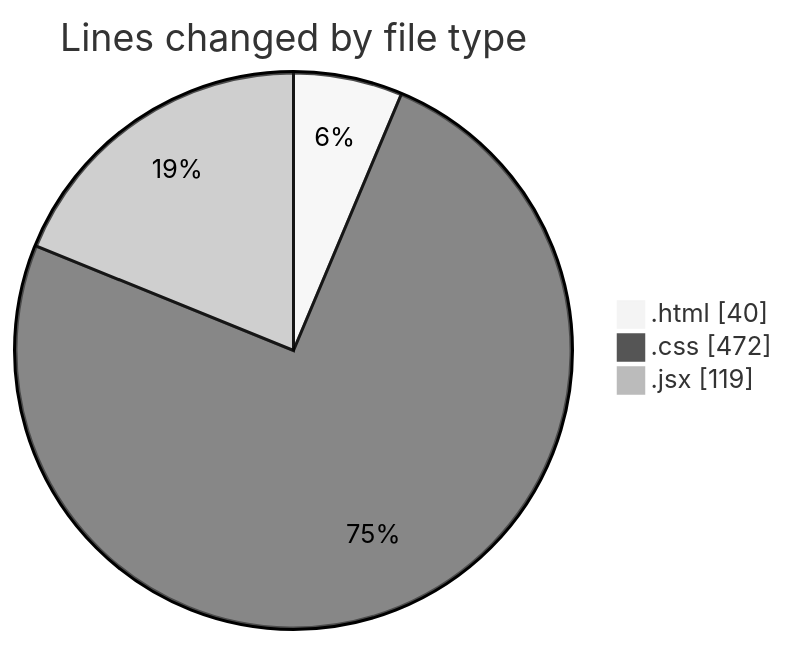
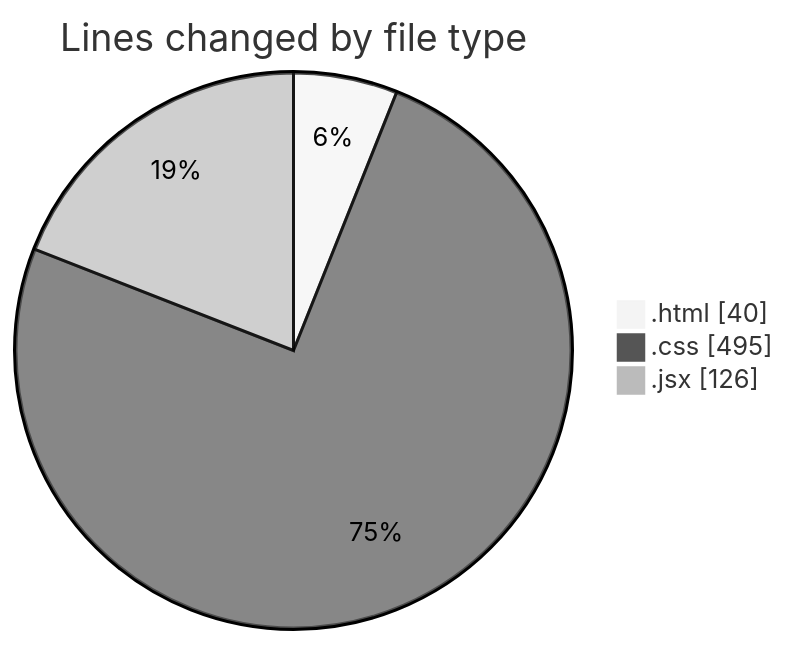
Before and after one commit to Ritupan-Deka/code-tracking: the first of 2 diagrams in 2025-05-26/projects/README.md, drawn with Mermaid (neutral theme). The commit also changed other lines of this file and 1 other file, not shown here.

````diff
--- a/2025-05-26/projects/README.md
+++ b/2025-05-26/projects/README.md
@@ -23,7 +23,7 @@
 ```mermaid
 pie showData
 title Lines changed by file type
 ".html" : 40
-".css" : 472
-".jsx" : 119
+".css" : 495
+".jsx" : 126
 ```
````
